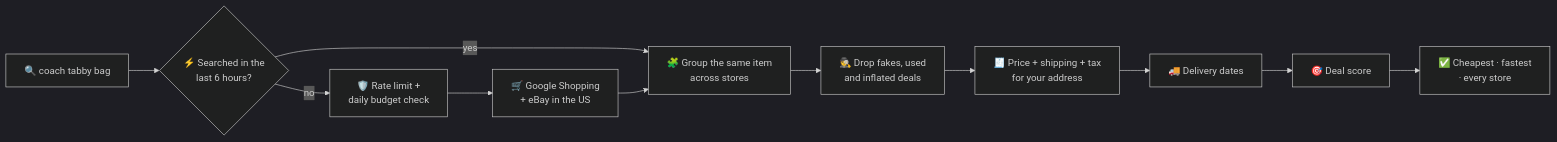
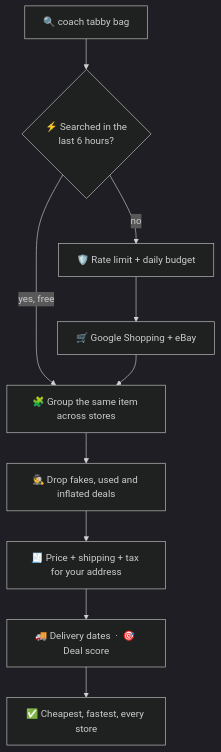
Before and after one commit to Aadharsh21/Stealz: the first of 2 diagrams in README.md, drawn with Mermaid (dark theme).

Commit message:
Lay out the how-it-works diagram top to bottom so it reads at full size

````diff
--- a/README.md
+++ b/README.md
@@ -157,13 +157,12 @@
 ```mermaid
-flowchart LR
+flowchart TB
     A["🔍 coach tabby bag"] --> B{"⚡ Searched in the<br/>last 6 hours?"}
-    B -- "yes" --> F
-    B -- "no" --> C["🛡️ Rate limit +<br/>daily budget check"]
-    C --> D["🛒 Google Shopping<br/>+ eBay in the US"]
-    D --> F["🧩 Group the same item<br/>across stores"]
-    F --> G["🕵️ Drop fakes, used<br/>and inflated deals"]
-    G --> H["🧾 Price + shipping + tax<br/>for your address"]
-    H --> I["🚚 Delivery dates"]
-    I --> J["🎯 Deal score"]
-    J --> K["✅ Cheapest · fastest<br/>· every store"]
+    B -- "yes, free" --> F
+    B -- "no" --> C["🛡️ Rate limit + daily budget"]
+    C --> D["🛒 Google Shopping + eBay"]
+    D --> F["🧩 Group the same item across stores"]
+    F --> G["🕵️ Drop fakes, used and inflated deals"]
+    G --> H["🧾 Price + shipping + tax for your address"]
+    H --> I["🚚 Delivery dates  ·  🎯 Deal score"]
+    I --> K["✅ Cheapest, fastest, every store"]
 ```
````
